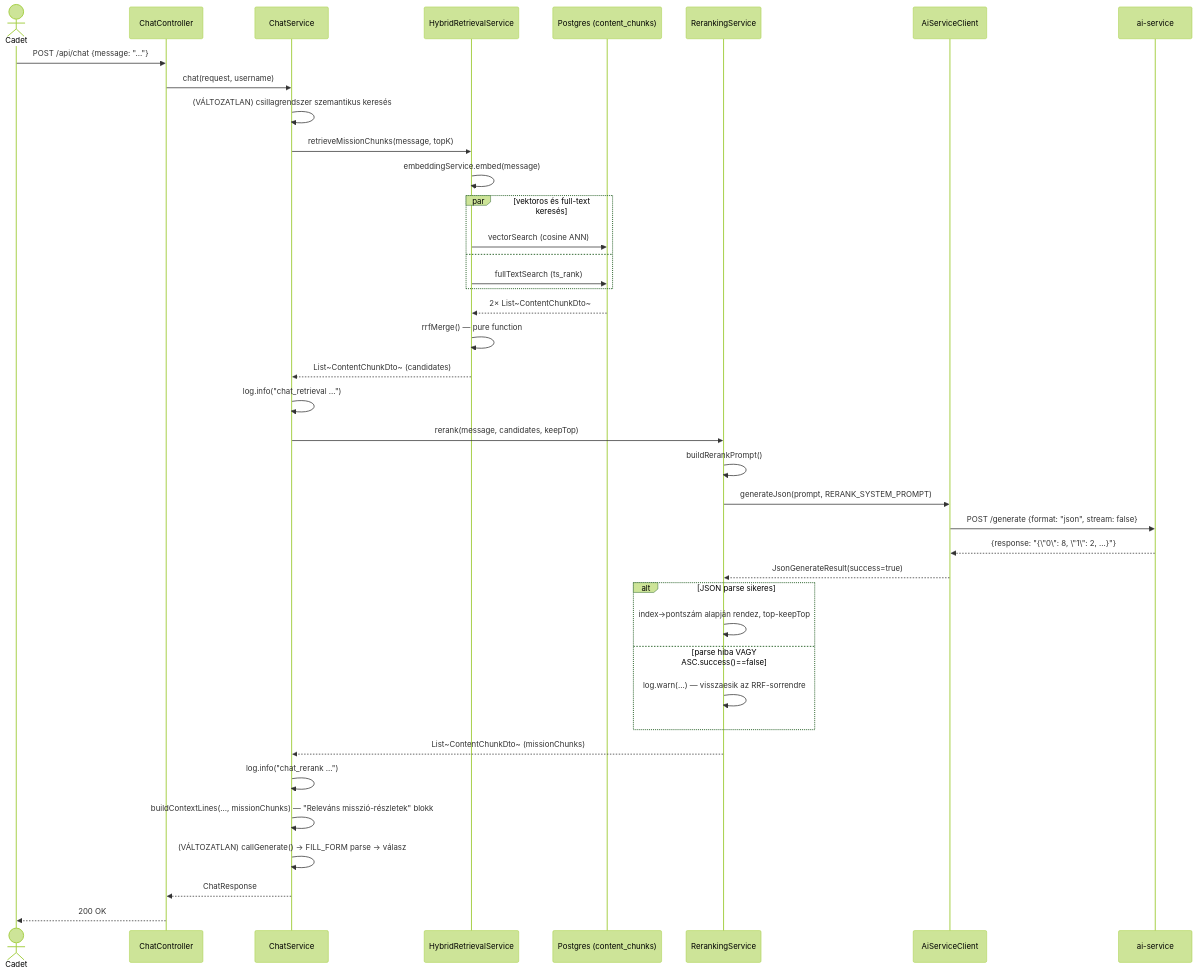
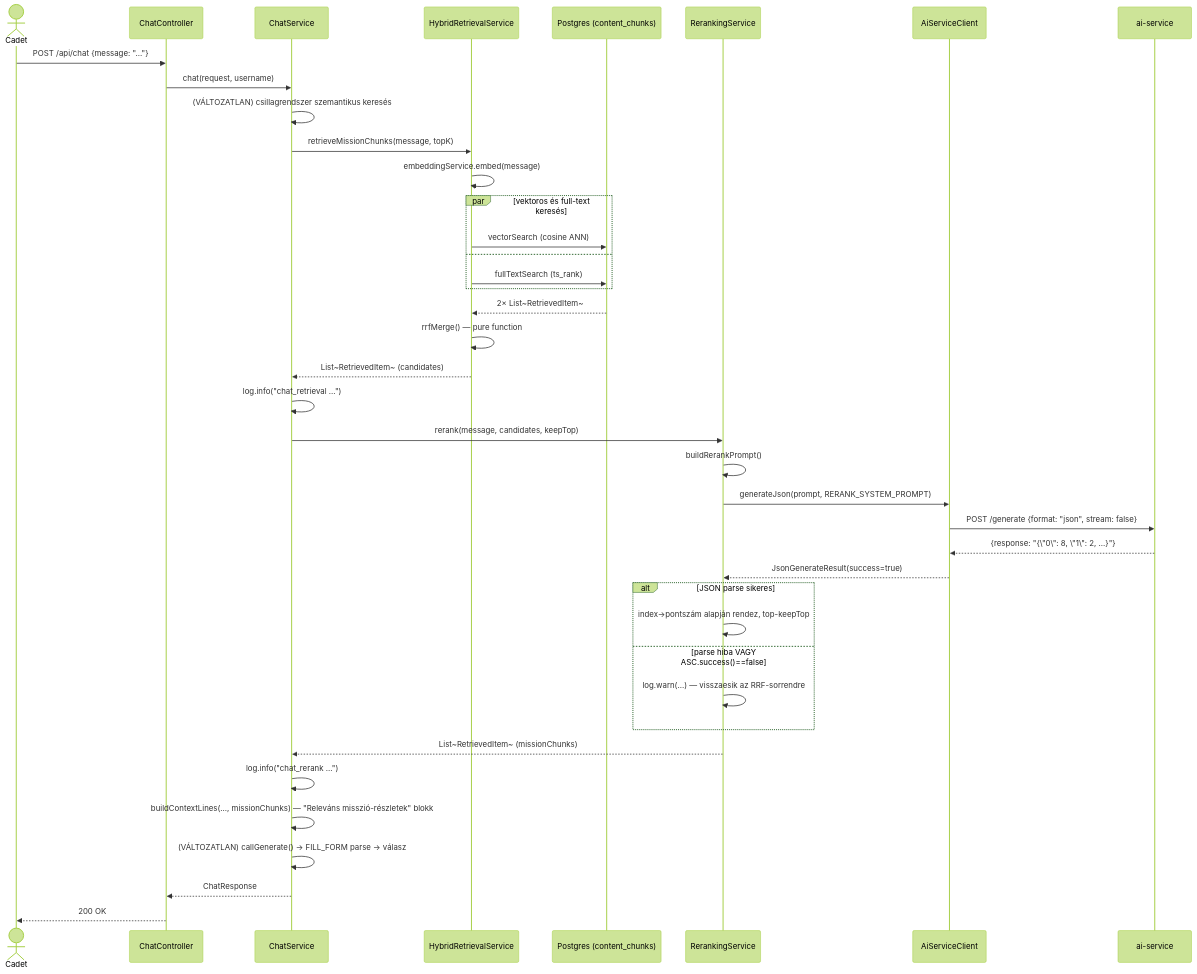
Before and after one commit to badzso-boop/legymernok: the second of 2 diagrams in plans/pr2_hybrid_retrieval_architecture_2026.md, drawn with Mermaid (forest theme). The commit also changed other lines of this file and 5 other files, not shown here.

````diff
--- a/plans/pr2_hybrid_retrieval_architecture_2026.md
+++ b/plans/pr2_hybrid_retrieval_architecture_2026.md
@@ -707,46 +718,46 @@
 ```mermaid
 sequenceDiagram
     actor Cadet
     participant CC as ChatController
     participant CS as ChatService
     participant HRS as HybridRetrievalService
     participant DB as Postgres (content_chunks)
     participant RS as RerankingService
     participant ASC as AiServiceClient
     participant AI as ai-service
 
     Cadet->>CC: POST /api/chat {message: "..."}
     CC->>CS: chat(request, username)
     CS->>CS: (VÁLTOZATLAN) csillagrendszer szemantikus keresés
 
     CS->>HRS: retrieveMissionChunks(message, topK)
     HRS->>HRS: embeddingService.embed(message)
     par vektoros és full-text keresés
         HRS->>DB: vectorSearch (cosine ANN)
     and
         HRS->>DB: fullTextSearch (ts_rank)
     end
-    DB-->>HRS: 2× List~ContentChunkDto~
+    DB-->>HRS: 2× List~RetrievedItem~
     HRS->>HRS: rrfMerge() — pure function
-    HRS-->>CS: List~ContentChunkDto~ (candidates)
+    HRS-->>CS: List~RetrievedItem~ (candidates)
     CS->>CS: log.info("chat_retrieval ...")
 
     CS->>RS: rerank(message, candidates, keepTop)
     RS->>RS: buildRerankPrompt()
     RS->>ASC: generateJson(prompt, RERANK_SYSTEM_PROMPT)
     ASC->>AI: POST /generate {format: "json", stream: false}
     AI-->>ASC: {response: "{\"0\": 8, \"1\": 2, ...}"}
     ASC-->>RS: JsonGenerateResult(success=true)
     alt JSON parse sikeres
         RS->>RS: index→pontszám alapján rendez, top-keepTop
     else parse hiba VAGY ASC.success()==false
         RS->>RS: log.warn(...) — visszaesik az RRF-sorrendre
     end
-    RS-->>CS: List~ContentChunkDto~ (missionChunks)
+    RS-->>CS: List~RetrievedItem~ (missionChunks)
     CS->>CS: log.info("chat_rerank ...")
 
     CS->>CS: buildContextLines(..., missionChunks) — "Releváns misszió-részletek" blokk
     CS->>CS: (VÁLTOZATLAN) callGenerate() → FILL_FORM parse → válasz
     CS-->>CC: ChatResponse
     CC-->>Cadet: 200 OK
 ```
````
